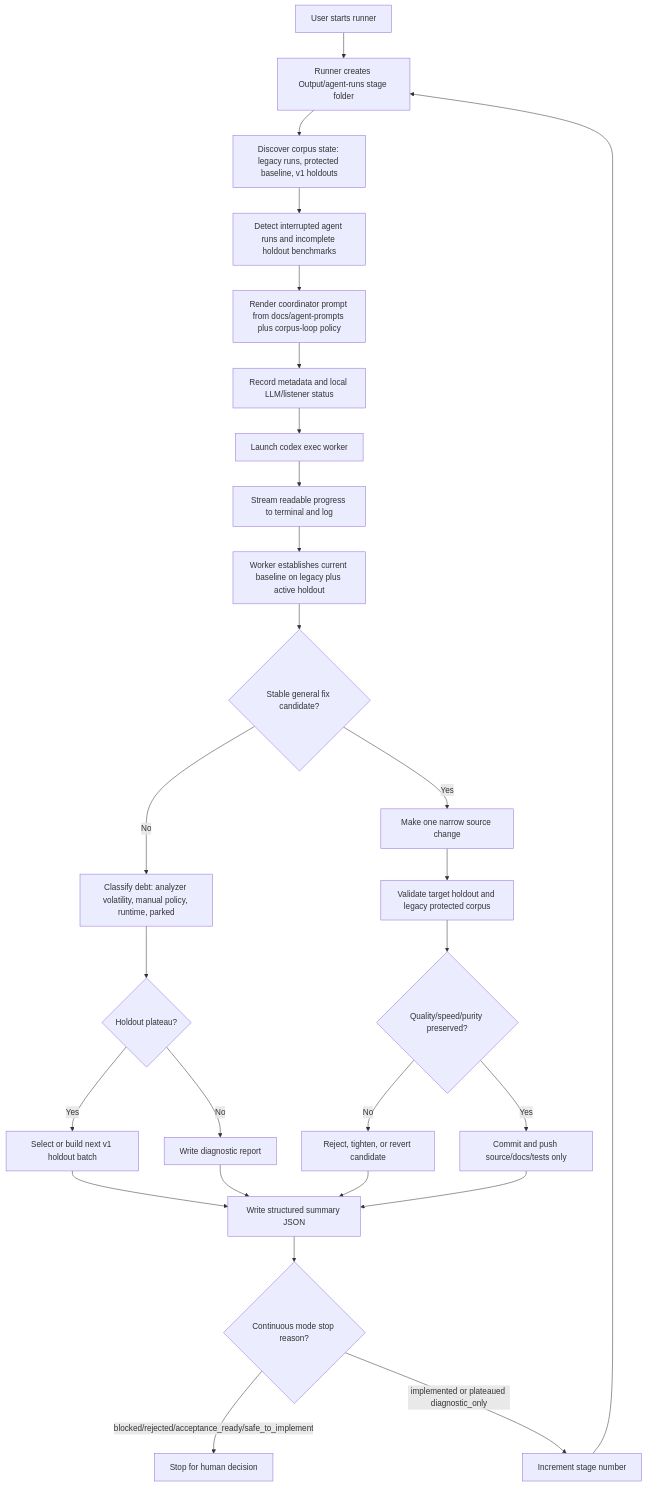
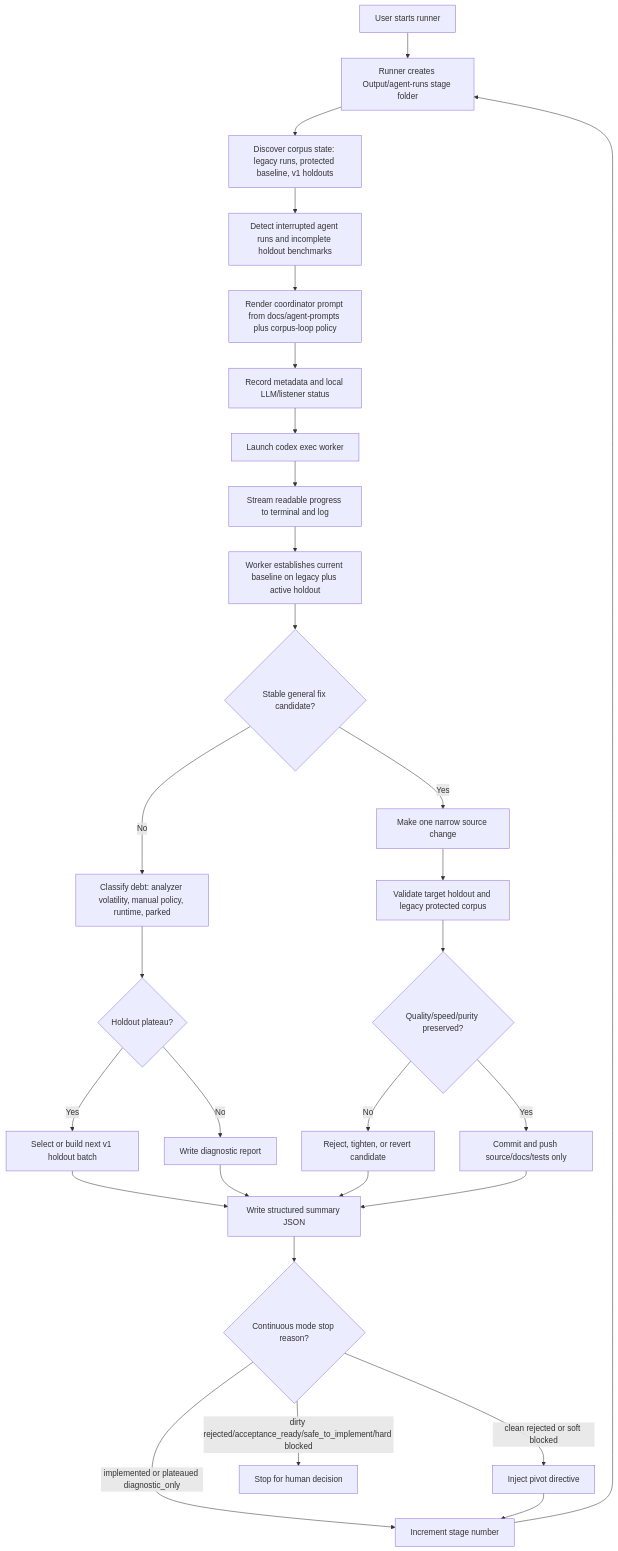
The first of 4 diagrams in docs/codex-stage-flow.md (fourtytwo42/PDFAF_v2), drawn with Mermaid before and after one commit. The commit also changed 3 other files, not shown here.

````diff
--- a/docs/codex-stage-flow.md
+++ b/docs/codex-stage-flow.md
@@ -3,29 +3,31 @@
 ```mermaid
 flowchart TD
   A[User starts runner] --> B[Runner creates Output/agent-runs stage folder]
   B --> C[Discover corpus state: legacy runs, protected baseline, v1 holdouts]
   C --> C2[Detect interrupted agent runs and incomplete holdout benchmarks]
   C2 --> D[Render coordinator prompt from docs/agent-prompts plus corpus-loop policy]
   D --> E[Record metadata and local LLM/listener status]
   E --> F[Launch codex exec worker]
   F --> G[Stream readable progress to terminal and log]
   G --> H[Worker establishes current baseline on legacy plus active holdout]
   H --> I{Stable general fix candidate?}
   I -- No --> J[Classify debt: analyzer volatility, manual policy, runtime, parked]
   J --> K{Holdout plateau?}
   K -- Yes --> L[Select or build next v1 holdout batch]
   K -- No --> M[Write diagnostic report]
   I -- Yes --> N[Make one narrow source change]
   N --> O[Validate target holdout and legacy protected corpus]
   L --> P[Write structured summary JSON]
   M --> P
   O --> Q{Quality/speed/purity preserved?}
   Q -- No --> R[Reject, tighten, or revert candidate]
   Q -- Yes --> S[Commit and push source/docs/tests only]
   R --> P
   S --> P
   P --> T{Continuous mode stop reason?}
-  T -- blocked/rejected/acceptance_ready/safe_to_implement --> U[Stop for human decision]
+  T -- clean rejected or soft blocked --> W[Inject pivot directive]
+  T -- dirty rejected/acceptance_ready/safe_to_implement/hard blocked --> U[Stop for human decision]
   T -- implemented or plateaued diagnostic_only --> V[Increment stage number]
+  W --> V
   V --> B
 ```
````
